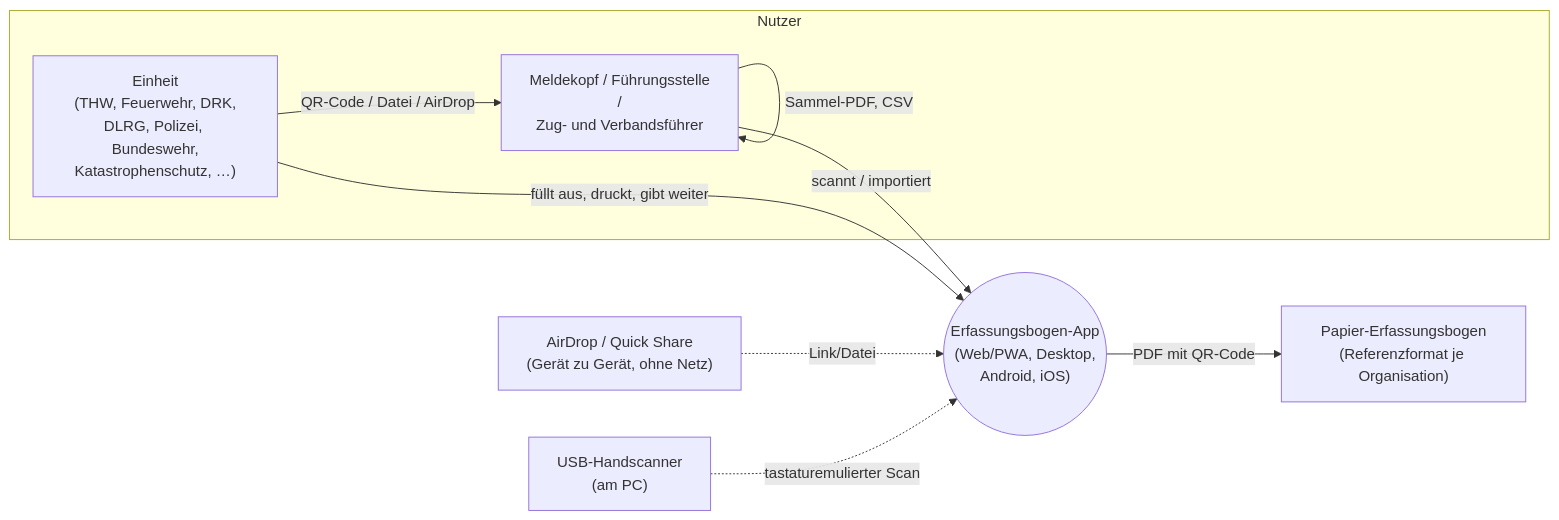
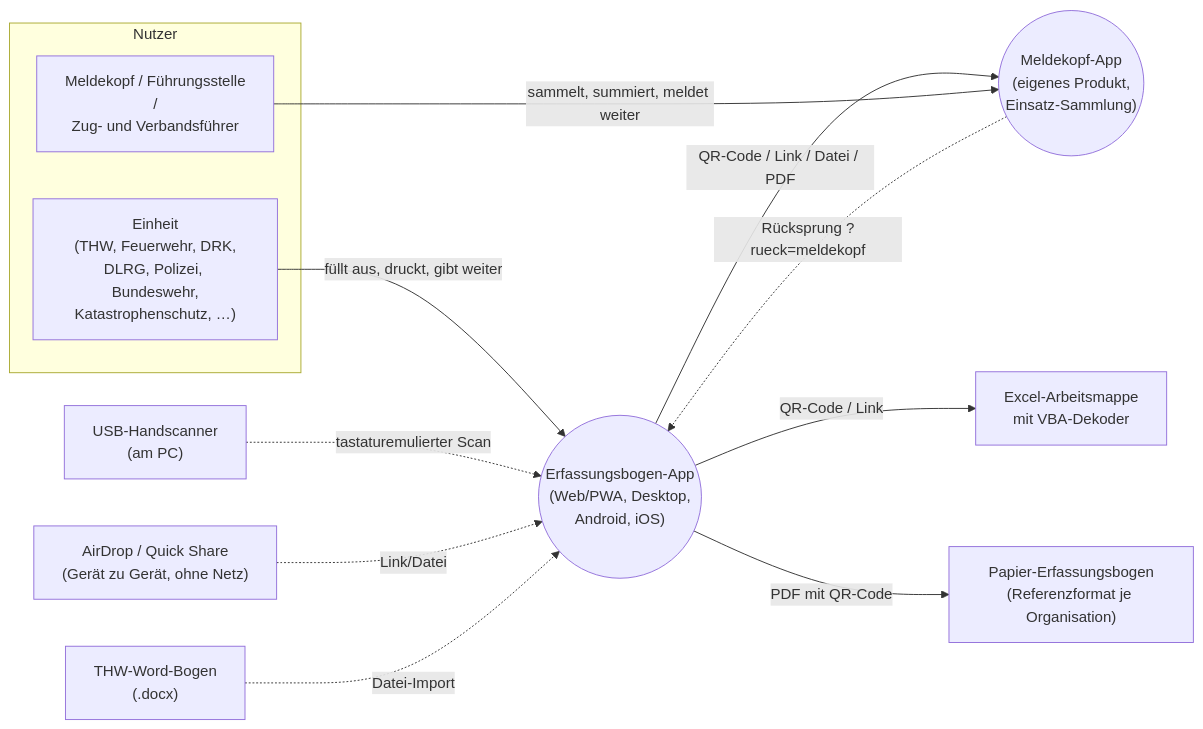
The first of 12 diagrams in docs/arc42-architektur.md (wattnpapa/erfassungsbogen), drawn with Mermaid before and after one commit. The commit also changed other lines of this file, not shown here.

````diff
--- a/docs/arc42-architektur.md
+++ b/docs/arc42-architektur.md
@@ -980,19 +344,24 @@
 ```mermaid
 flowchart LR
   subgraph Nutzer
     Einheit["Einheit<br/>(THW, Feuerwehr, DRK,<br/>DLRG, Polizei, Bundeswehr,<br/>Katastrophenschutz, …)"]
     Meldekopf["Meldekopf / Führungsstelle<br/>/<br/>Zug- und Verbandsführer"]
   end
   App(("Erfassungsbogen-App<br/>(Web/PWA, Desktop,<br/>Android, iOS)"))
+  MkApp(("Meldekopf-App<br/>(eigenes Produkt,<br/>Einsatz-Sammlung)"))
+  Excel["Excel-Arbeitsmappe<br/>mit VBA-Dekoder"]
   Scanner["USB-Handscanner<br/>(am PC)"]
   AirDrop["AirDrop / Quick Share<br/>(Gerät zu Gerät, ohne Netz)"]
   Papier["Papier-Erfassungsbogen<br/>(Referenzformat je Organisation)"]
+  Word["THW-Word-Bogen<br/>(.docx)"]
 
   Einheit -->|"füllt aus, druckt, gibt weiter"| App
-  Einheit -->|"QR-Code / Datei / AirDrop"| Meldekopf
-  Meldekopf -->|"scannt / importiert"| App
-  Meldekopf -->|"Sammel-PDF, CSV"| Meldekopf
+  App -->|"QR-Code / Link / Datei / PDF"| MkApp
+  MkApp -.->|"Rücksprung ?rueck=meldekopf"| App
+  Meldekopf -->|"sammelt, summiert, meldet weiter"| MkApp
+  App -->|"QR-Code / Link"| Excel
   Scanner -.->|"tastaturemulierter Scan"| App
   AirDrop -.->|"Link/Datei"| App
+  Word -.->|"Datei-Import"| App
   App -->|"PDF mit QR-Code"| Papier
 ```
````
